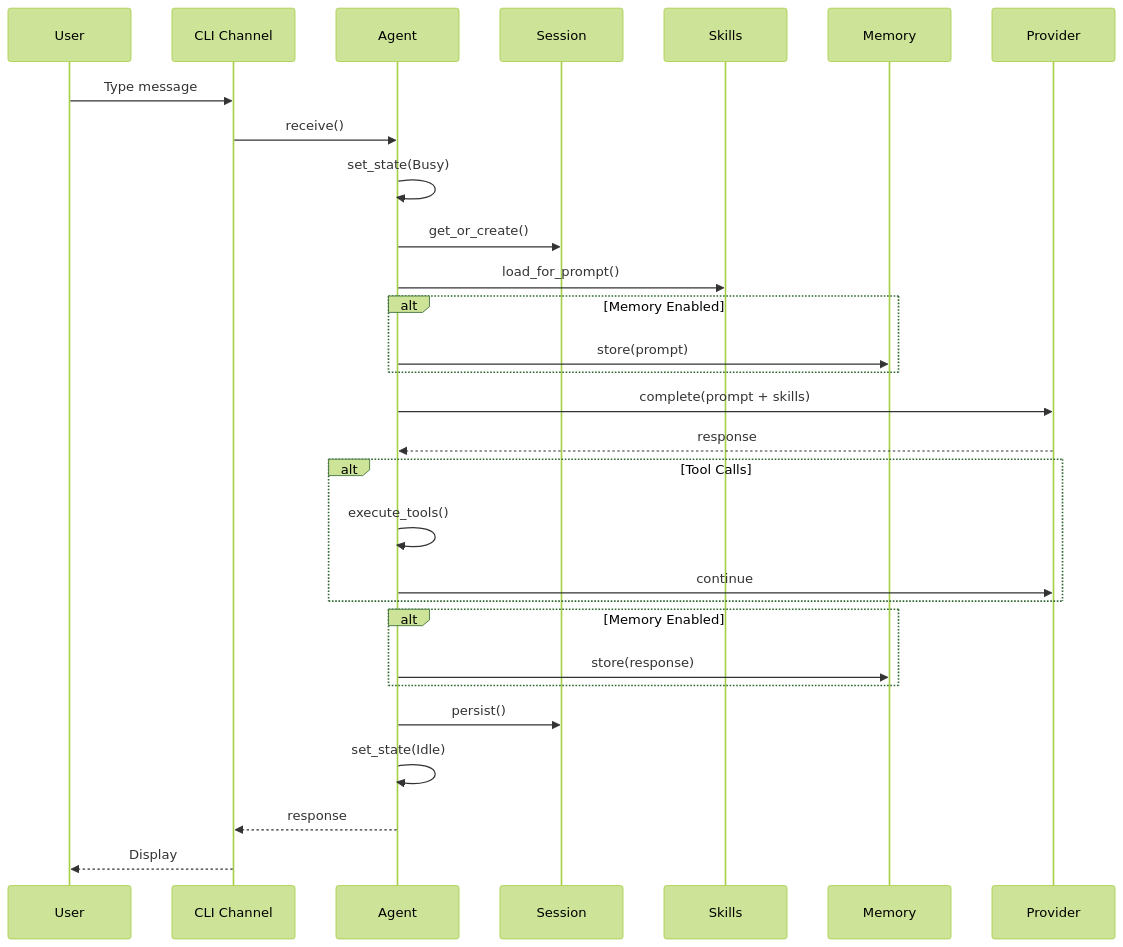
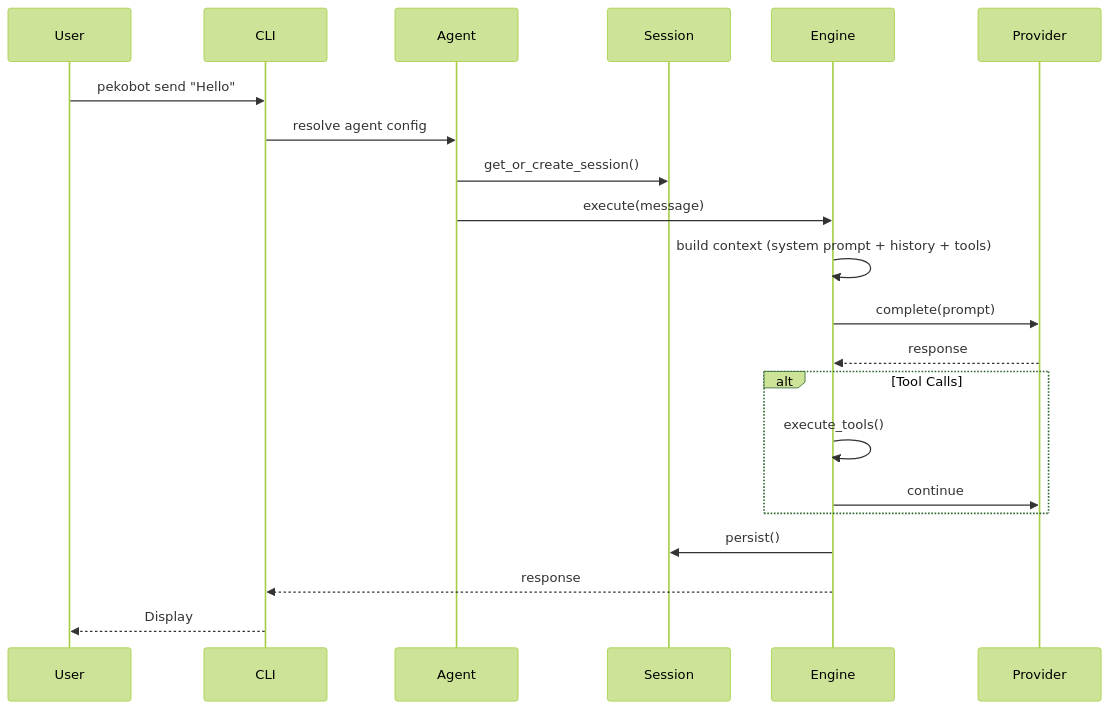
The second of 4 diagrams in docs/dev/ARCHITECTURE.md (ConekoAI/peko-runtime), drawn with Mermaid (forest theme) before and after one commit. The commit also changed other lines of this file and 60 other files, not shown here.

````diff
--- a/docs/dev/ARCHITECTURE.md
+++ b/docs/dev/ARCHITECTURE.md
@@ -226,38 +94,24 @@
 ```mermaid
 sequenceDiagram
     participant User
-    participant CLI as CLI Channel
+    participant CLI as CLI
     participant Agent
     participant Session
-    participant Skills
-    participant Memory
+    participant Engine
     participant Provider
 
-    User->>CLI: Type message
-    CLI->>Agent: receive()
-    Agent->>Agent: set_state(Busy)
-    
-    Agent->>Session: get_or_create()
-    Agent->>Skills: load_for_prompt()
-    
-    alt Memory Enabled
-        Agent->>Memory: store(prompt)
+    User->>CLI: pekobot send "Hello"
+    CLI->>Agent: resolve agent config
+    Agent->>Session: get_or_create_session()
+    Agent->>Engine: execute(message)
+    Engine->>Engine: build context (system prompt + history + tools)
+    Engine->>Provider: complete(prompt)
+    Provider-->>Engine: response
+    alt Tool Calls
+        Engine->>Engine: execute_tools()
+        Engine->>Provider: continue
     end
-    
-    Agent->>Provider: complete(prompt + skills)
-    Provider-->>Agent: response
-    
-    alt Tool Calls
-        Agent->>Agent: execute_tools()
-        Agent->>Provider: continue
-    end
-    
-    alt Memory Enabled
-        Agent->>Memory: store(response)
-    end
-    
-    Agent->>Session: persist()
-    Agent->>Agent: set_state(Idle)
-    Agent-->>CLI: response
+    Engine->>Session: persist()
+    Engine-->>CLI: response
     CLI-->>User: Display
 ```
````
